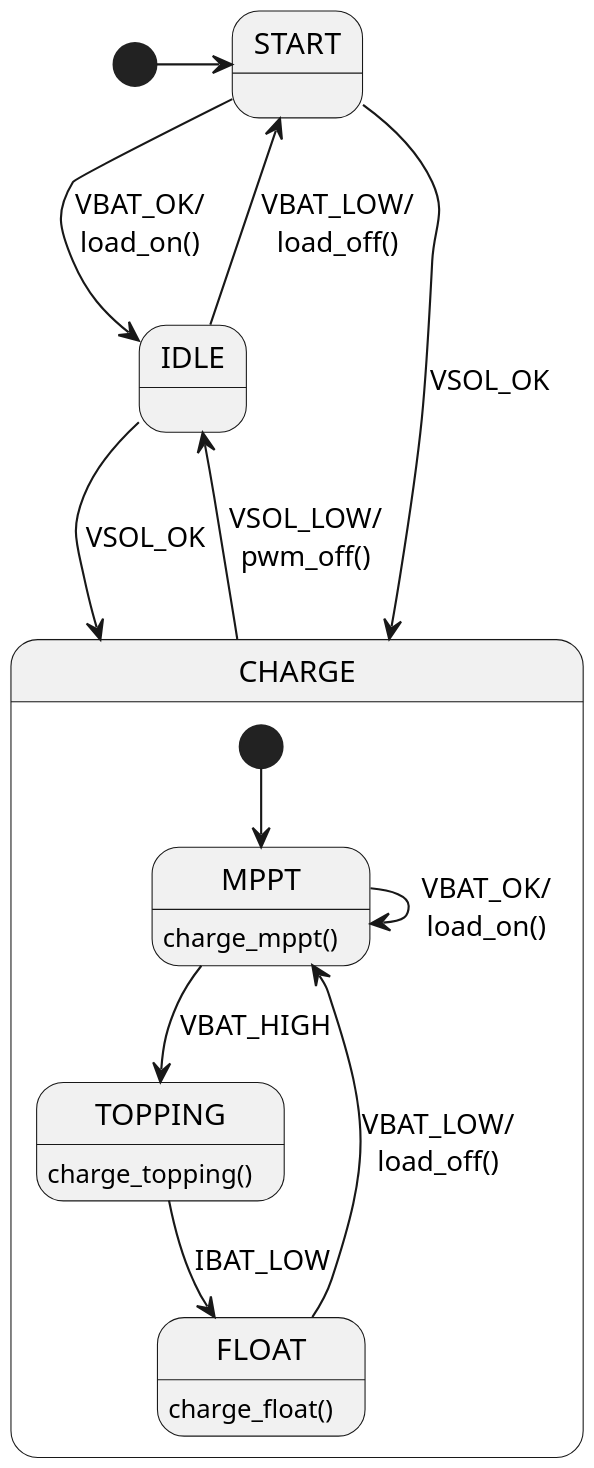
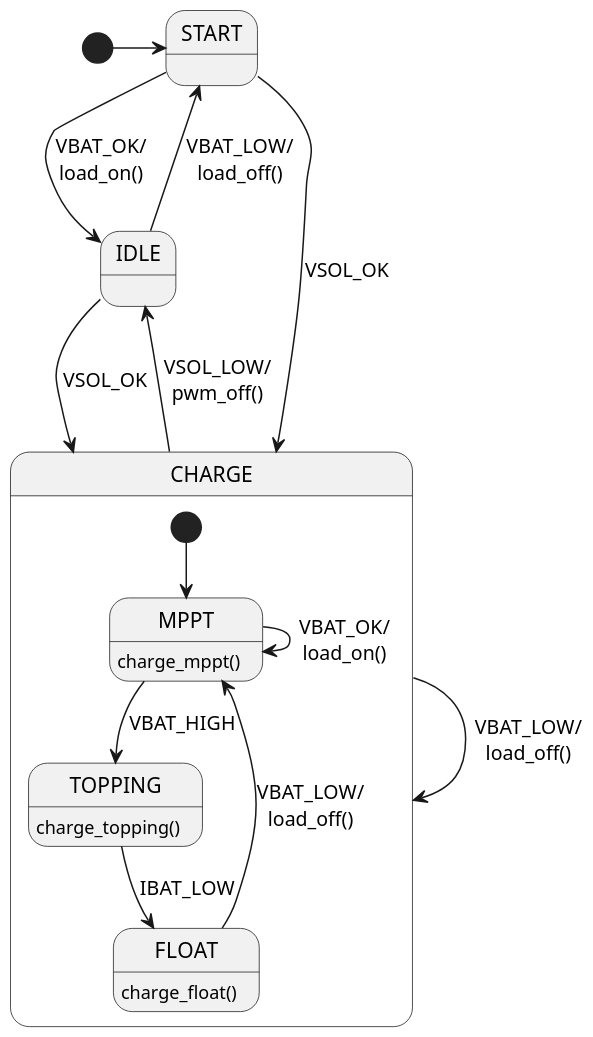
Before and after one commit to bdionello/ECE499: the diagram in StateMachine/UML/UML.wsd, drawn with PlantUML.

Commit message:
Update diagram for bat low event

```diff
--- a/StateMachine/UML/UML.wsd
+++ b/StateMachine/UML/UML.wsd
@@ -1,21 +1,22 @@
 @startuml UML
 
 scale 600 width
 [*] -> START
 START --> IDLE : VBAT_OK/\nload_on()
 START --> CHARGE : VSOL_OK
 IDLE --> CHARGE : VSOL_OK
 IDLE --> START : VBAT_LOW/\nload_off()
 state CHARGE {
     MPPT : charge_mppt()
     TOPPING : charge_topping()
     FLOAT : charge_float()
     [*] --> MPPT
     
     MPPT --> TOPPING : VBAT_HIGH
     TOPPING --> FLOAT : IBAT_LOW
 }
 MPPT --> MPPT : VBAT_OK/\nload_on()
+CHARGE --> CHARGE : VBAT_LOW/\nload_off()
 CHARGE --> IDLE : VSOL_LOW/\npwm_off()
 FLOAT --> MPPT : VBAT_LOW/\nload_off()
 @enduml
```
